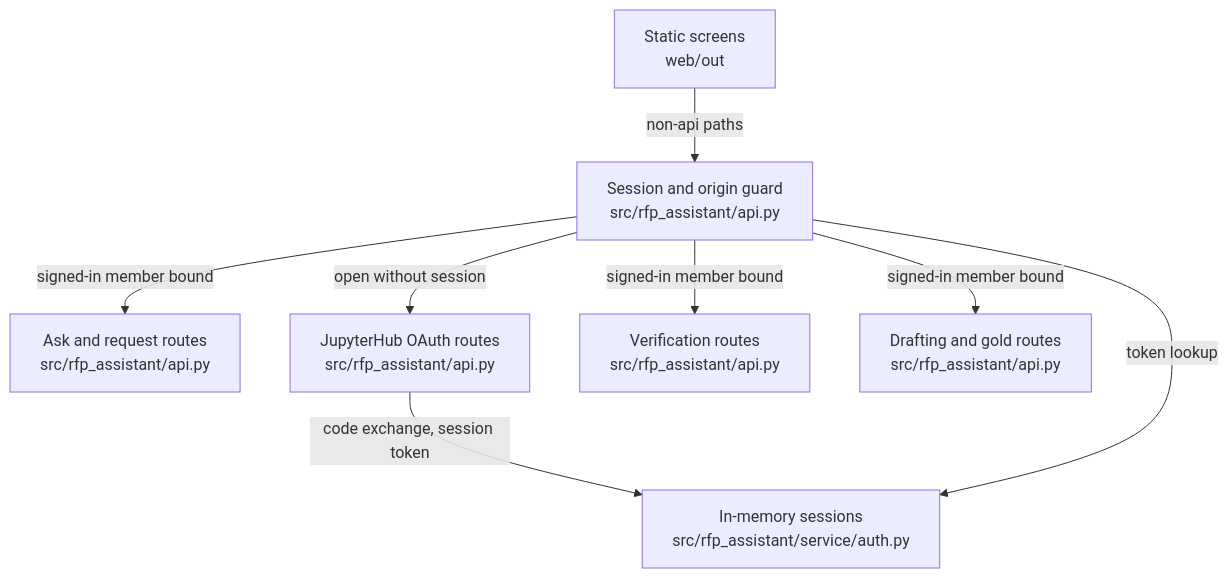
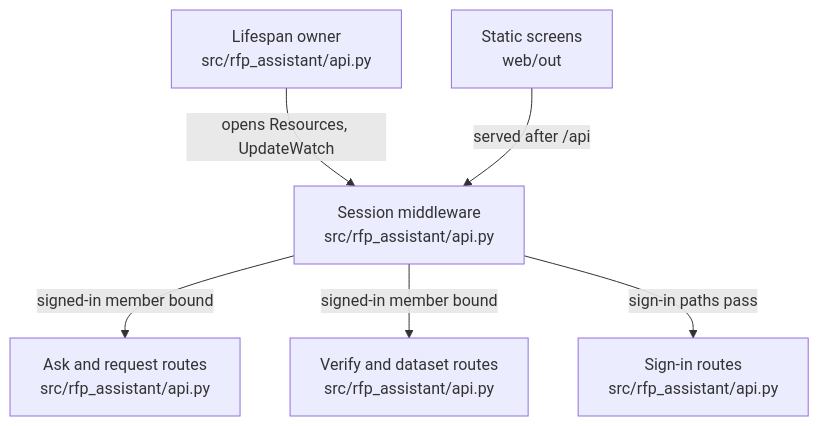
The diagram in .omm/overall-architecture/http-api/diagram.mmd (littleeeeebit/project-codeit-mid), drawn with Mermaid before and after one commit. The commit also changed 405 other files, not shown here.

```diff
--- a/.omm/overall-architecture/http-api/diagram.mmd
+++ b/.omm/overall-architecture/http-api/diagram.mmd
@@ -1,8 +1,6 @@
 graph TD
-  session-middleware["Session and origin guard\nsrc/rfp_assistant/api.py"] -->|signed-in member bound| ask-routes["Ask and request routes\nsrc/rfp_assistant/api.py"]
-  session-middleware -->|open without session| sign-in-routes["JupyterHub OAuth routes\nsrc/rfp_assistant/api.py"]
-  session-middleware -->|signed-in member bound| verify-routes["Verification routes\nsrc/rfp_assistant/api.py"]
-  session-middleware -->|signed-in member bound| dataset-routes["Drafting and gold routes\nsrc/rfp_assistant/api.py"]
-  sign-in-routes -->|code exchange, session token| login-store["In-memory sessions\nsrc/rfp_assistant/service/auth.py"]
-  session-middleware -->|token lookup| login-store
-  static-mount["Static screens\nweb/out"] -->|non-api paths| session-middleware
+  session-middleware["Session middleware\nsrc/rfp_assistant/api.py"] -->|"signed-in member bound"| ask-routes["Ask and request routes\nsrc/rfp_assistant/api.py"]
+  session-middleware -->|"signed-in member bound"| verify-routes["Verify and dataset routes\nsrc/rfp_assistant/api.py"]
+  session-middleware -->|"sign-in paths pass"| auth-routes["Sign-in routes\nsrc/rfp_assistant/api.py"]
+  app-lifespan["Lifespan owner\nsrc/rfp_assistant/api.py"] -->|"opens Resources, UpdateWatch"| session-middleware
+  static-mount["Static screens\nweb/out"] -->|"served after /api"| session-middleware
```
